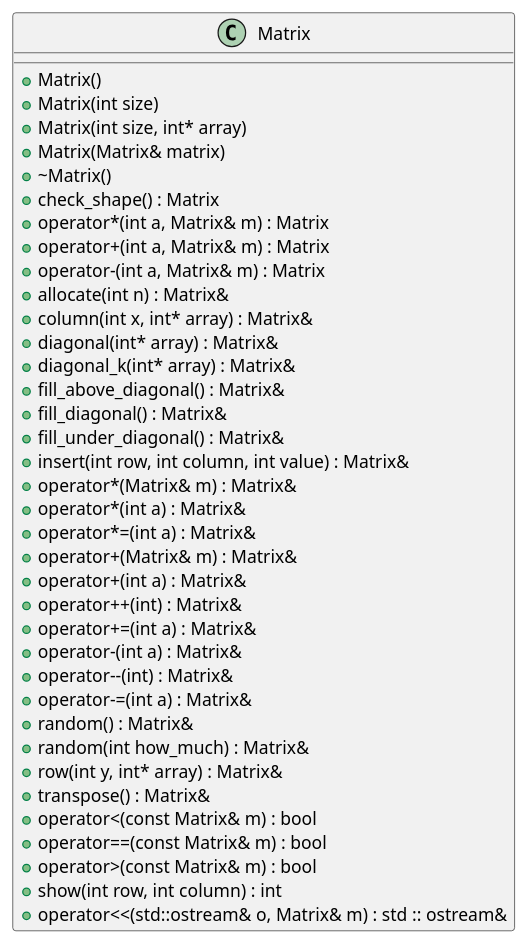
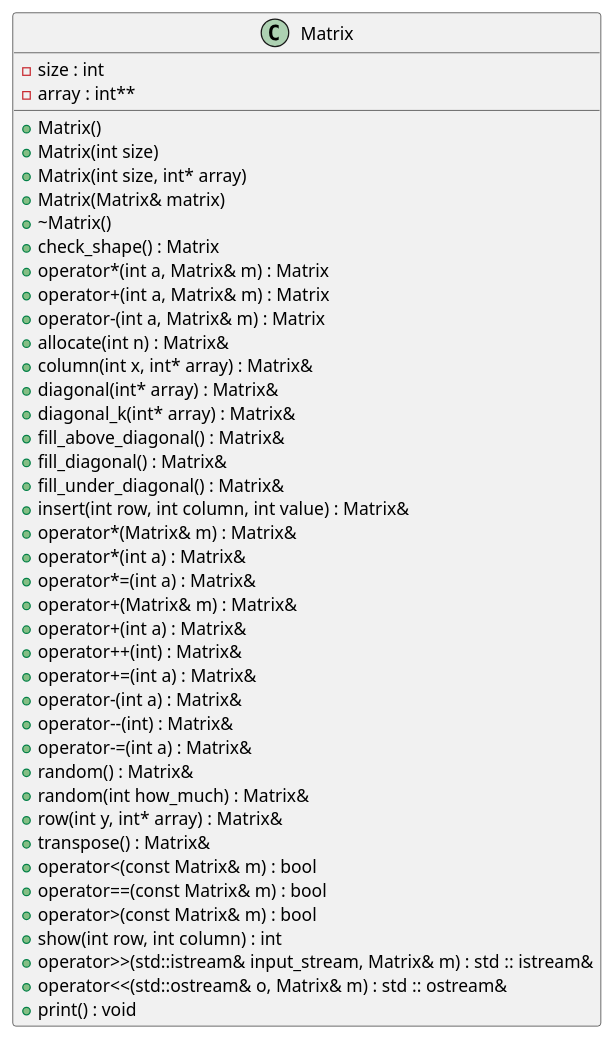
Before and after one commit to MaciejWojs/Matrix: the diagram in inline_umlgraph_pnghtml.pu, drawn with PlantUML. The commit also changed 38 other files, not shown here.

```diff
--- a/inline_umlgraph_pnghtml.pu
+++ b/inline_umlgraph_pnghtml.pu
@@ -1,41 +1,45 @@
 @startuml inline_umlgraph_1.png
 class Matrix {
+-size : int
+-array : int**
 +Matrix()
 +Matrix(int size)
 +Matrix(int size, int* array)
 +Matrix(Matrix& matrix)
 +~Matrix()
 +check_shape() : Matrix
 +operator*(int a, Matrix& m) : Matrix
 +operator+(int a, Matrix& m) : Matrix
 +operator-(int a, Matrix& m) : Matrix
 +allocate(int n) : Matrix&
 +column(int x, int* array) : Matrix&
 +diagonal(int* array) : Matrix&
 +diagonal_k(int* array) : Matrix&
 +fill_above_diagonal() : Matrix&
 +fill_diagonal() : Matrix&
 +fill_under_diagonal() : Matrix&
 +insert(int row, int column, int value) : Matrix&
 +operator*(Matrix& m) : Matrix&
 +operator*(int a) : Matrix&
 +operator*=(int a) : Matrix&
 +operator+(Matrix& m) : Matrix&
 +operator+(int a) : Matrix&
 +operator++(int) : Matrix&
 +operator+=(int a) : Matrix&
 +operator-(int a) : Matrix&
 +operator--(int) : Matrix&
 +operator-=(int a) : Matrix&
 +random() : Matrix&
 +random(int how_much) : Matrix&
 +row(int y, int* array) : Matrix&
 +transpose() : Matrix&
 +operator<(const Matrix& m) : bool
 +operator==(const Matrix& m) : bool
 +operator>(const Matrix& m) : bool
 +show(int row, int column) : int
++operator>>(std::istream& input_stream, Matrix& m) : std :: istream&
 +operator<<(std::ostream& o, Matrix& m) : std :: ostream&
++print() : void
 
 }
 @enduml
```
